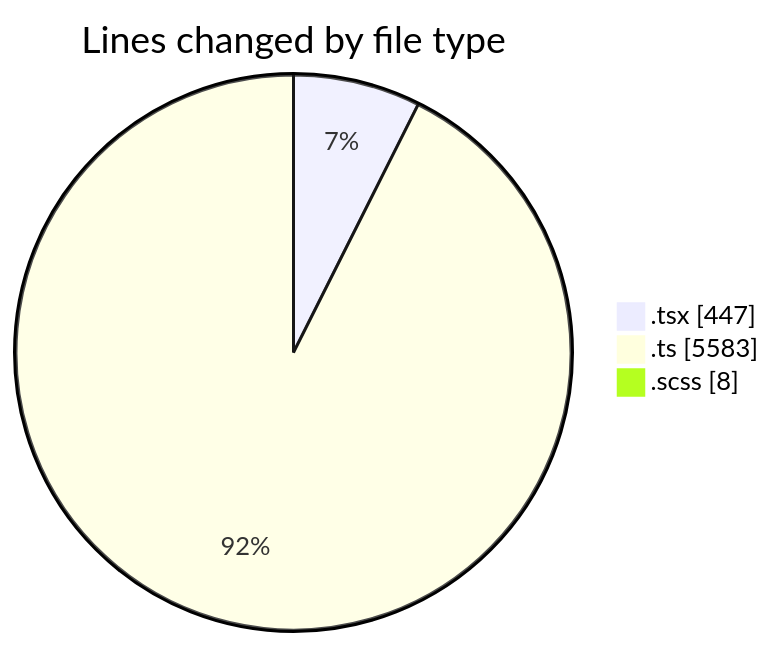
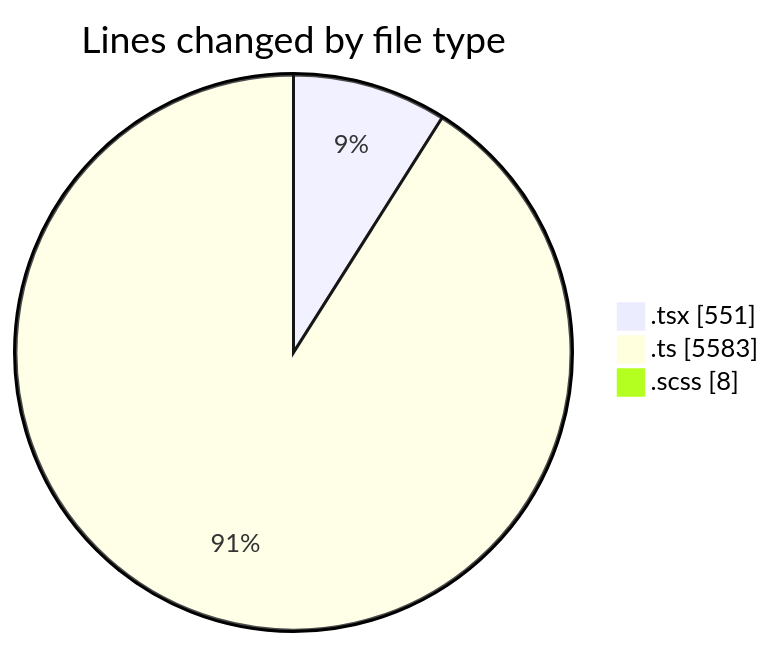
The first of 2 diagrams in 2025-03-26/cda/README.md (momahboobian/code-tracking), drawn with Mermaid before and after one commit. The commit also changed other lines of this file and 1 other file, not shown here.

````diff
--- a/2025-03-26/cda/README.md
+++ b/2025-03-26/cda/README.md
@@ -29,7 +31,7 @@
 ```mermaid
 pie showData
 title Lines changed by file type
-".tsx" : 447
+".tsx" : 551
 ".ts" : 5583
 ".scss" : 8
 ```
````
